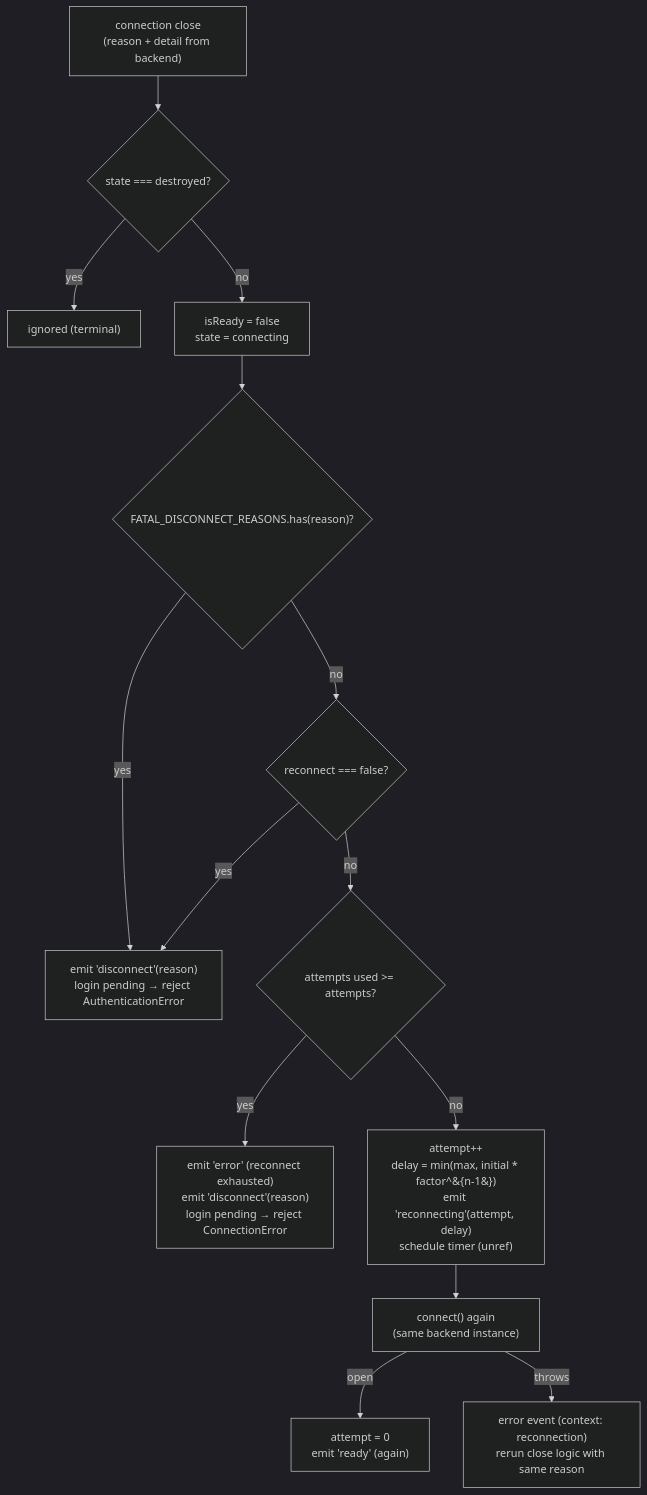
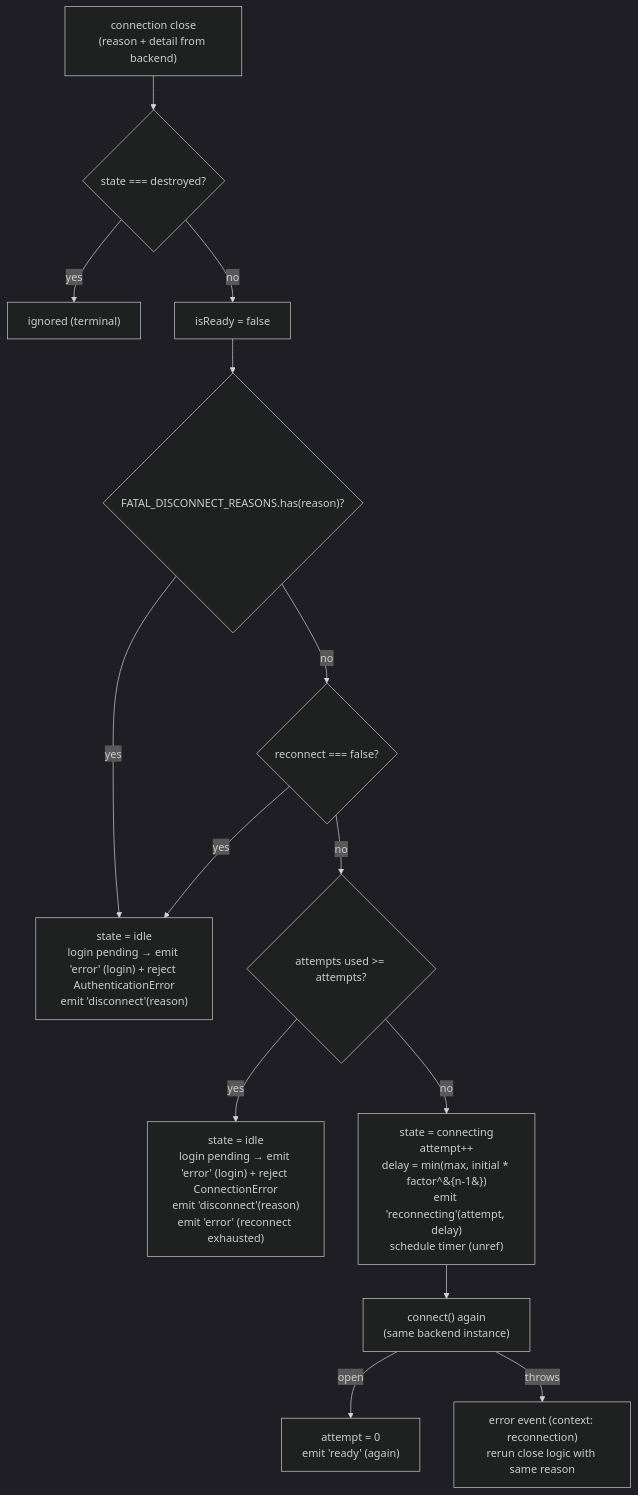
One commit to Gustavo10Destroyer/libwa-docs changed the first of 2 diagrams in architecture/reconnection.md. Above: the diagram before and after it, drawn with Mermaid (dark theme). The commit also changed other lines of this file and 4 other files, not shown here.

Commit message:
docs(architecture): correct pipeline, reconnection and adapter facts

````diff
--- a/architecture/reconnection.md
+++ b/architecture/reconnection.md
@@ -5,16 +5,16 @@
 ```mermaid
 flowchart TD
     A["connection close<br/>(reason + detail from backend)"] --> B{"state === destroyed?"}
     B -->|yes| Z["ignored (terminal)"]
-    B -->|no| C["isReady = false<br/>state = connecting"]
+    B -->|no| C["isReady = false"]
     C --> D{"FATAL_DISCONNECT_REASONS.has(reason)?"}
-    D -->|yes| F["emit 'disconnect'(reason)<br/>login pending → reject AuthenticationError"]
+    D -->|yes| F["state = idle<br/>login pending → emit 'error' (login) + reject AuthenticationError<br/>emit 'disconnect'(reason)"]
     D -->|no| E{"reconnect === false?"}
     E -->|yes| F
     E -->|no| G{"attempts used >= attempts?"}
-    G -->|yes| H["emit 'error' (reconnect exhausted)<br/>emit 'disconnect'(reason)<br/>login pending → reject ConnectionError"]
-    G -->|no| I["attempt++<br/>delay = min(max, initial * factor^&#123;n-1&#125;)<br/>emit 'reconnecting'(attempt, delay)<br/>schedule timer (unref)"]
+    G -->|yes| H["state = idle<br/>login pending → emit 'error' (login) + reject ConnectionError<br/>emit 'disconnect'(reason)<br/>emit 'error' (reconnect exhausted)"]
+    G -->|no| I["state = connecting<br/>attempt++<br/>delay = min(max, initial * factor^&#123;n-1&#125;)<br/>emit 'reconnecting'(attempt, delay)<br/>schedule timer (unref)"]
     I --> J["connect() again<br/>(same backend instance)"]
     J -->|open| K["attempt = 0<br/>emit 'ready' (again)"]
     J -->|throws| L["error event (context: reconnection)<br/>rerun close logic with same reason"]
 ```
````
